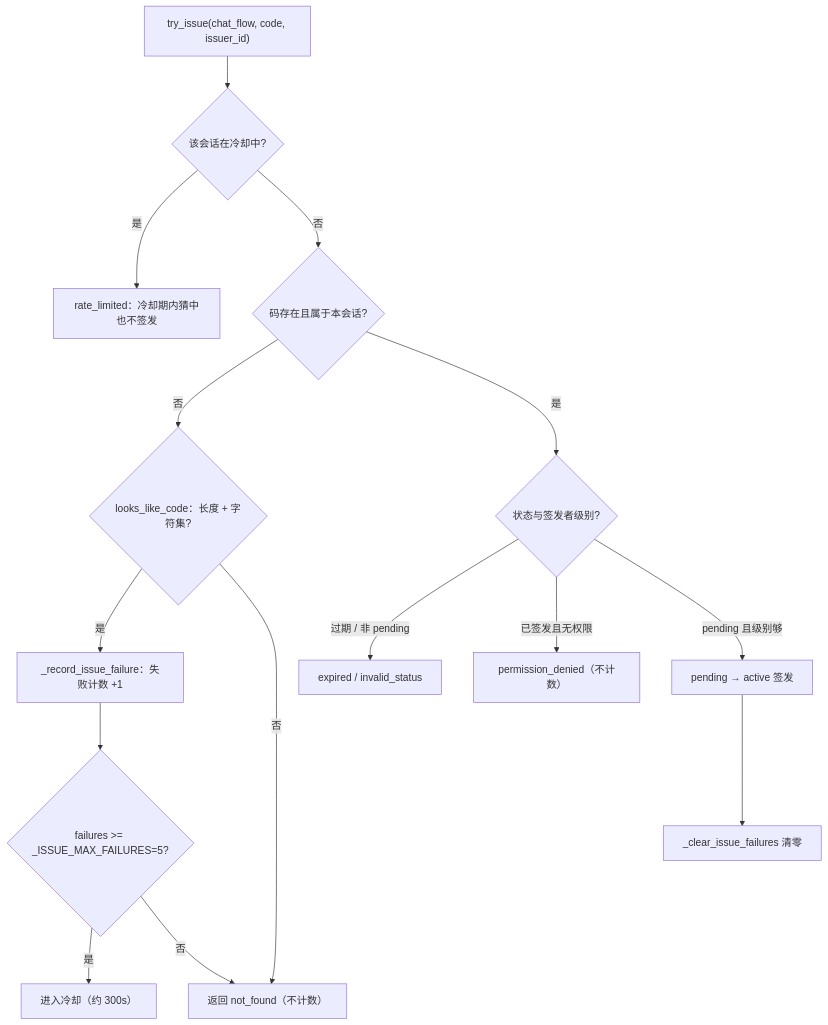
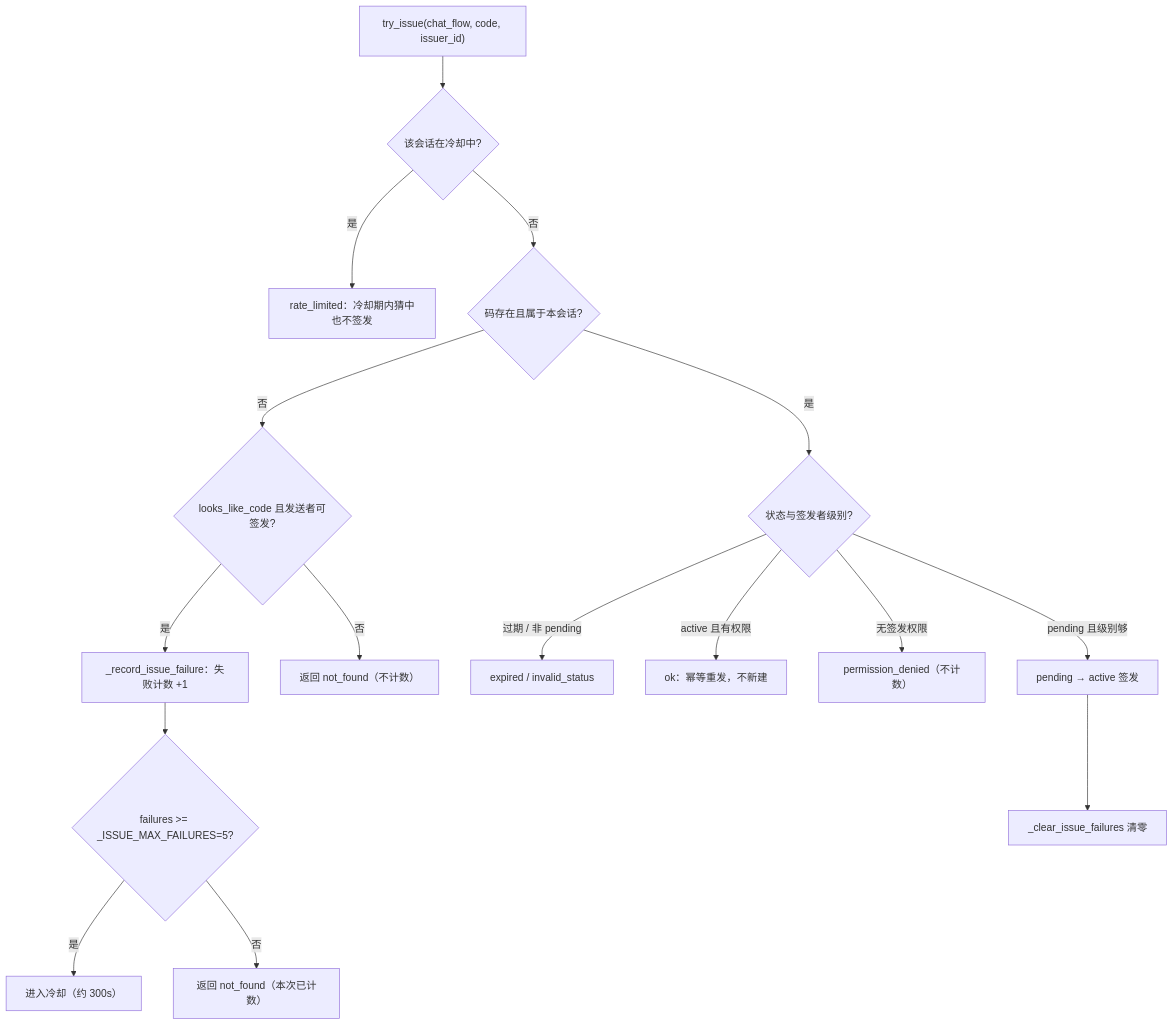
Before and after one commit to SuperQuail/NeoBot: the fourth of 8 diagrams in docs/flow/19-credentials-security.md, drawn with Mermaid. The commit also changed other lines of this file and 5 other files, not shown here.

````diff
--- a/docs/flow/19-credentials-security.md
+++ b/docs/flow/19-credentials-security.md
@@ -123,17 +121,18 @@
 ```mermaid
 flowchart TD
     A["try_issue(chat_flow, code, issuer_id)"] --> B{"该会话在冷却中?"}
     B -- 是 --> C["rate_limited：冷却期内猜中也不签发"]
     B -- 否 --> D{"码存在且属于本会话?"}
-    D -- 否 --> E{"looks_like_code：长度 + 字符集?"}
+    D -- 否 --> E{"looks_like_code 且发送者可签发?"}
     E -- 是 --> F["_record_issue_failure：失败计数 +1"]
     E -- 否 --> G["返回 not_found（不计数）"]
     F --> H{"failures >= _ISSUE_MAX_FAILURES=5?"}
     H -- 是 --> I["进入冷却（约 300s）"]
-    H -- 否 --> G
+    H -- 否 --> G2["返回 not_found（本次已计数）"]
     D -- 是 --> J{"状态与签发者级别?"}
     J -- 过期 / 非 pending --> K["expired / invalid_status"]
-    J -- 已签发且无权限 --> L["permission_denied（不计数）"]
+    J -- active 且有权限 --> K2["ok：幂等重发，不新建"]
+    J -- 无签发权限 --> L["permission_denied（不计数）"]
     J -- pending 且级别够 --> M["pending → active 签发"]
     M --> N["_clear_issue_failures 清零"]
 ```
````
